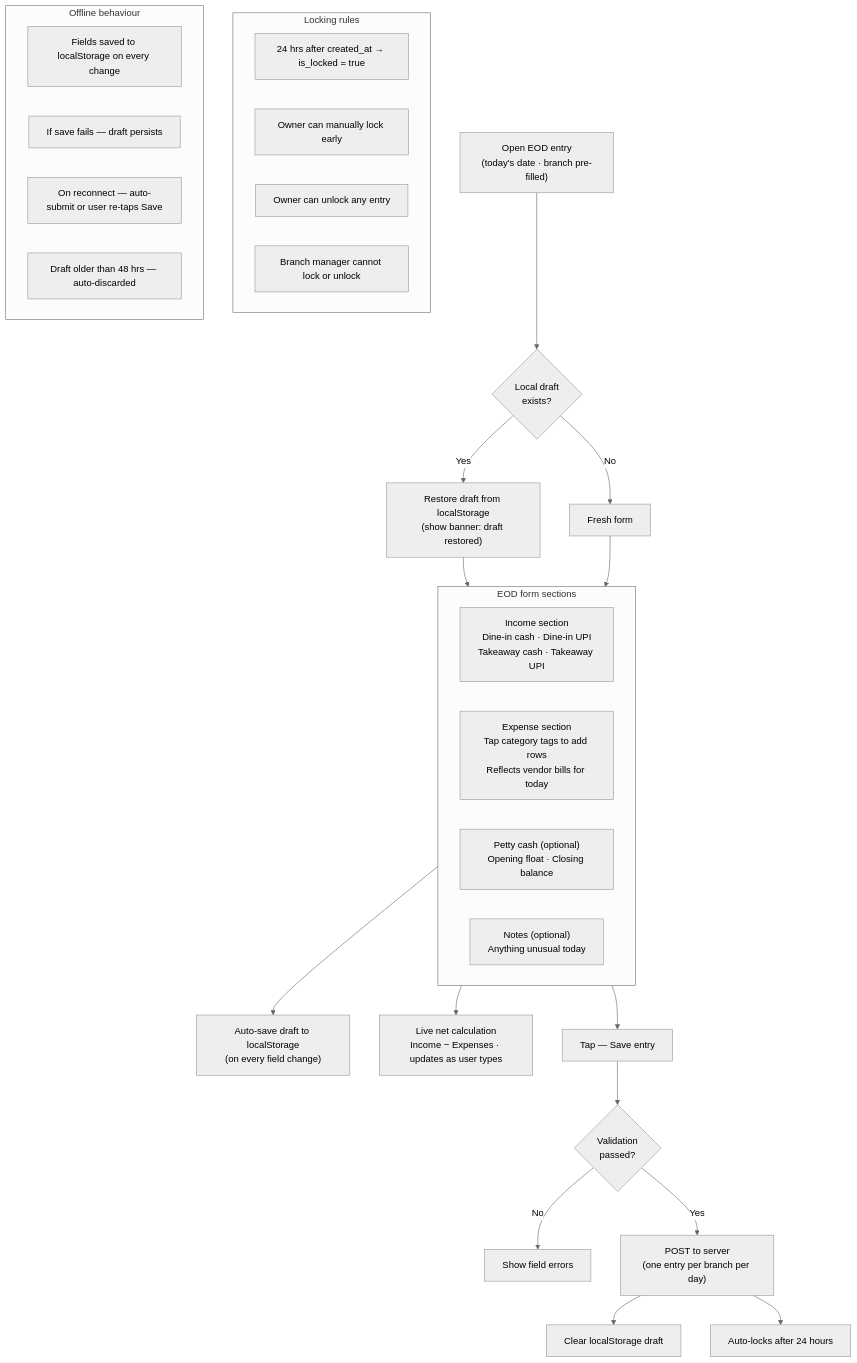
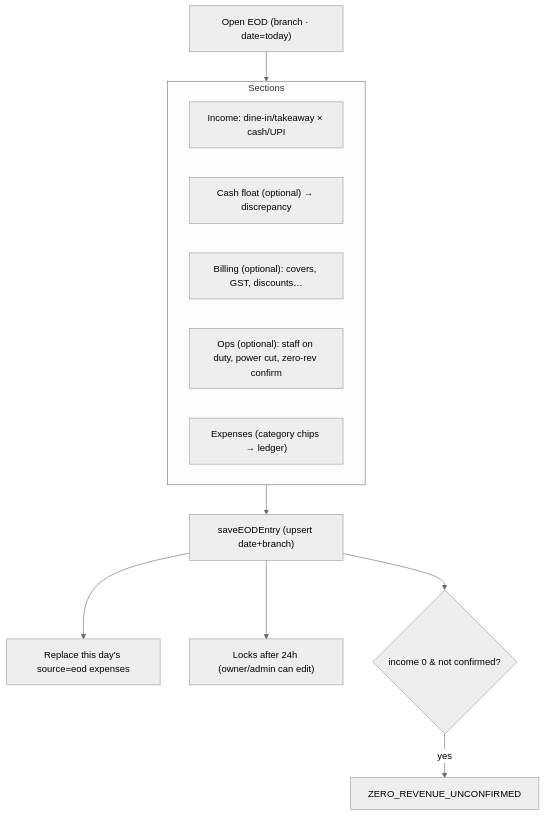
The seventh of 14 diagrams in Documentations/MODULE-MAPS.md (AbhishekS-381/Sree-Vaishnaves-Management), drawn with Mermaid (neutral theme) before and after one commit. The commit also changed other lines of this file and 33 other files, not shown here.

````diff
--- a/Documentations/MODULE-MAPS.md
+++ b/Documentations/MODULE-MAPS.md
@@ -341,41 +176,15 @@
 ```mermaid
 flowchart TD
-  OPEN["Open EOD entry\n(today's date · branch pre-filled)"]
-
-  OPEN --> DRAFT_CHECK{"Local draft\nexists?"}
-  DRAFT_CHECK -->|Yes| RESTORE["Restore draft from localStorage\n(show banner: draft restored)"]
-  DRAFT_CHECK -->|No| FRESH["Fresh form"]
-  RESTORE --> FORM
-  FRESH --> FORM
-
-  subgraph FORM["EOD form sections"]
-    INC["Income section\nDine-in cash · Dine-in UPI\nTakeaway cash · Takeaway UPI"]
-    EXP_SEC["Expense section\nTap category tags to add rows\nReflects vendor bills for today"]
-    PETTY["Petty cash (optional)\nOpening float · Closing balance"]
-    NOTES["Notes (optional)\nAnything unusual today"]
+  OPEN["Open EOD (branch · date=today)"]
+  subgraph FORM["Sections"]
+    INC["Income: dine-in/takeaway × cash/UPI"]
+    FLOAT["Cash float (optional) → discrepancy"]
+    BILL["Billing (optional): covers, GST, discounts…"]
+    OPS["Ops (optional): staff on duty, power cut, zero-rev confirm"]
+    EXP["Expenses (category chips → ledger)"]
   end
-
-  FORM --> AUTOSAVE["Auto-save draft to localStorage\n(on every field change)"]
-  FORM --> NET["Live net calculation\nIncome − Expenses · updates as user types"]
-
-  FORM --> SAVE["Tap — Save entry"]
-  SAVE --> VALIDATE{"Validation\npassed?"}
-  VALIDATE -->|No| ERROR["Show field errors"]
-  VALIDATE -->|Yes| SUBMIT["POST to server\n(one entry per branch per day)"]
-  SUBMIT --> CLEAR["Clear localStorage draft"]
-  SUBMIT --> LOCKED_LATER["Auto-locks after 24 hours"]
-
-  subgraph LOCK_FLOW["Locking rules"]
-    L1["24 hrs after created_at → is_locked = true"]
-    L2["Owner can manually lock early"]
-    L3["Owner can unlock any entry"]
-    L4["Branch manager cannot lock or unlock"]
-  end
-
-  subgraph OFFLINE["Offline behaviour"]
-    OF1["Fields saved to localStorage on every change"]
-    OF2["If save fails — draft persists"]
-    OF3["On reconnect — auto-submit or user re-taps Save"]
-    OF4["Draft older than 48 hrs — auto-discarded"]
-  end
+  OPEN --> FORM --> SAVE["saveEODEntry (upsert date+branch)"]
+  SAVE --> REPLACE["Replace this day's source=eod expenses"]
+  SAVE --> LOCK["Locks after 24h (owner/admin can edit)"]
+  SAVE --> ZERO{"income 0 & not confirmed?"} -->|yes| BLOCK["ZERO_REVENUE_UNCONFIRMED"]
 ```
````
